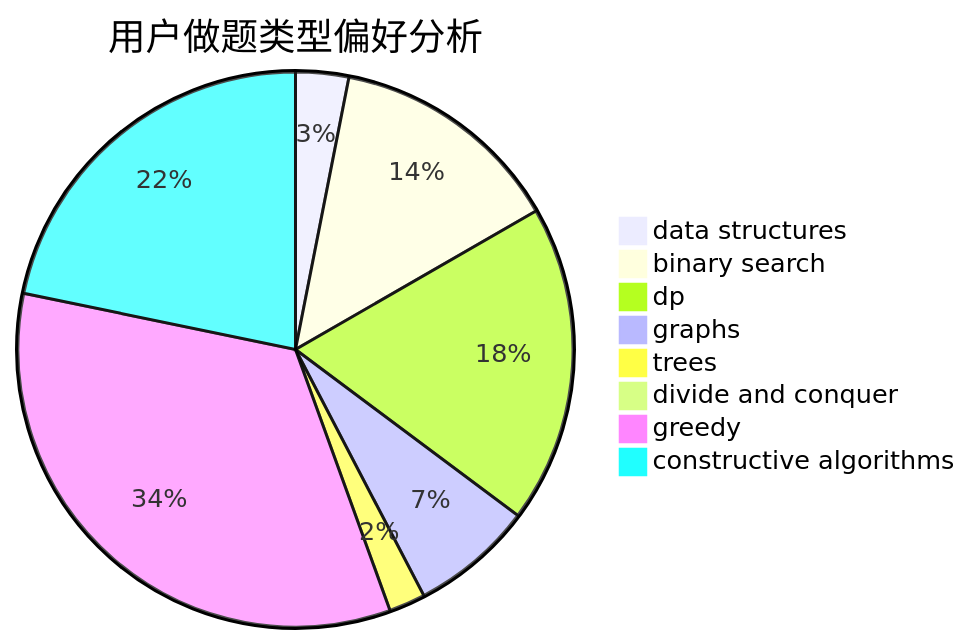
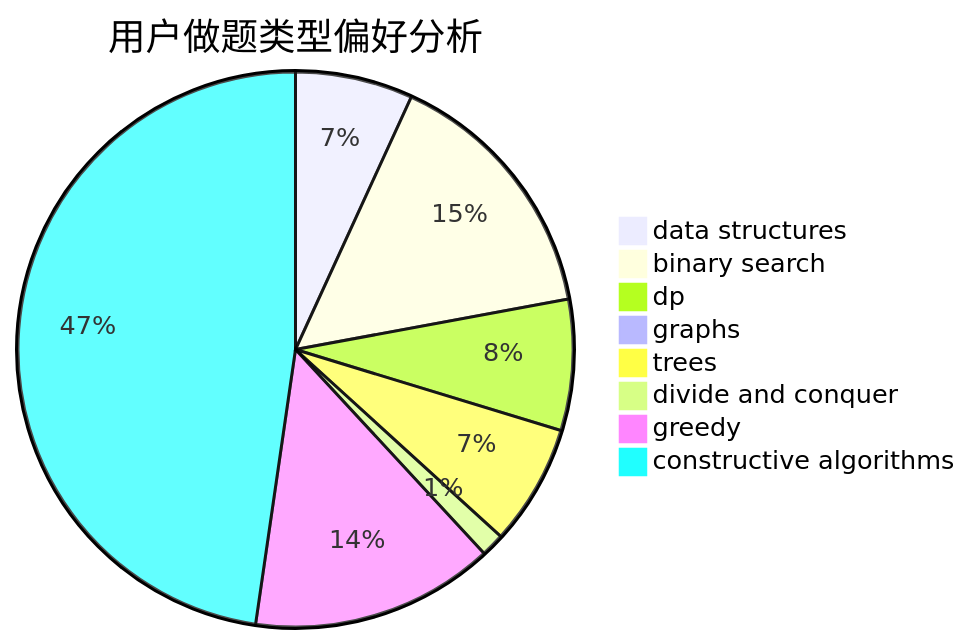
The second of 3 diagrams in docs/user/u2367.md (sherpahu/cfrs.github.io), drawn with Mermaid before and after one commit. The commit also changed other lines of this file and 2770 other files, not shown here.

````diff
--- a/docs/user/u2367.md
+++ b/docs/user/u2367.md
@@ -23,11 +23,11 @@
 ```mermaid
 pie title 用户做题类型偏好分析
-    "data structures" :  67
-    "binary search" :  295
-    "dp" :  402
-    "graphs" :  155
-    "trees" :  46
-    "divide and conquer" :  5
-    "greedy" :  733
-    "constructive algorithms" :  472
+    "data structures" :  70
+    "binary search" :  156
+    "dp" :  78
+    "graphs" :  9
+    "trees" :  72
+    "divide and conquer" :  14
+    "greedy" :  145
+    "constructive algorithms" :  488
 ```
````
